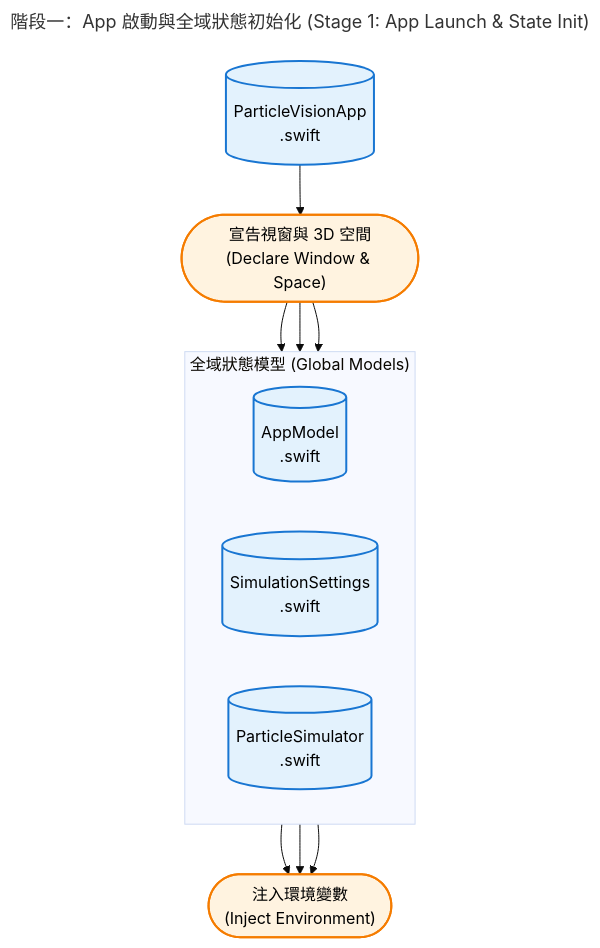
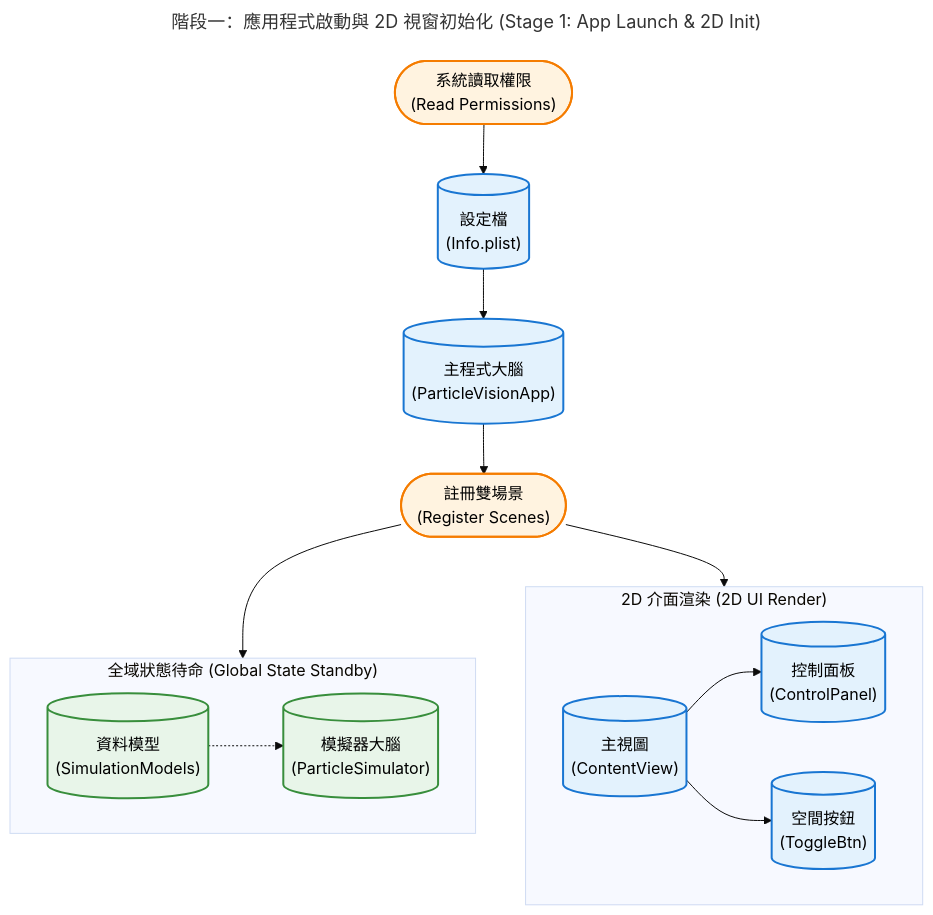
One commit to lennox0909/ParticleVision changed the first of 5 diagrams in README.md. Above: the diagram before and after it, drawn with Mermaid (base theme). The commit also changed other lines of this file, not shown here.

````diff
--- a/README.md
+++ b/README.md
@@ -163,30 +126,33 @@
 ```mermaid
 ---
-title: "階段一：App 啟動與全域狀態初始化 (Stage 1: App Launch & State Init)"
+title: "階段一：應用程式啟動與 2D 視窗初始化 (Stage 1: App Launch & 2D Init)"
 ---
 flowchart TD
-    classDef default fill:#f9f9f9,stroke:#333,stroke-width:2px,color:#333;
     classDef fileNode fill:#e3f2fd,stroke:#1976d2,stroke-width:2px,color:#000;
-    classDef action fill:#fff3e0,stroke:#f57c00,stroke-width:2px,color:#000;
+    classDef actionNode fill:#fff3e0,stroke:#f57c00,stroke-width:2px,color:#000;
+    classDef stateNode fill:#e8f5e9,stroke:#388e3c,stroke-width:2px,color:#000;
 
-    F_App[("ParticleVisionApp<br/>.swift")]:::fileNode
-    A1(["宣告視窗與 3D 空間<br/>(Declare Window & Space)"]):::action
+    A1(["系統讀取權限<br/>(Read Permissions)"]):::actionNode
+    F_Plist[("設定檔<br/>(Info.plist)")]:::fileNode
+    F_App[("主程式大腦<br/>(ParticleVisionApp)")]:::fileNode
+    A2(["註冊雙場景<br/>(Register Scenes)"]):::actionNode
 
-    subgraph "全域狀態模型 (Global Models)"
+    subgraph "2D 介面渲染 (2D UI Render)"
         direction LR
-        F_Model[("AppModel<br/>.swift")]:::fileNode
-        F_Set[("SimulationSettings<br/>.swift")]:::fileNode
-        F_Sim[("ParticleSimulator<br/>.swift")]:::fileNode
+        F_Content[("主視圖<br/>(ContentView)")]:::fileNode
+        F_Panel[("控制面板<br/>(ControlPanel)")]:::fileNode
+        F_Btn[("空間按鈕<br/>(ToggleBtn)")]:::fileNode
+        F_Content --> F_Panel & F_Btn
     end
 
-    A2(["注入環境變數<br/>(Inject Environment)"]):::action
+    subgraph "全域狀態待命 (Global State Standby)"
+        direction LR
+        F_Model[("資料模型<br/>(SimulationModels)")]:::stateNode
+        F_Sim[("模擬器大腦<br/>(ParticleSimulator)")]:::stateNode
+        F_Model -.-> F_Sim
+    end
 
-    F_App --> A1
-    A1 --> F_Model
-    A1 --> F_Set
-    A1 --> F_Sim
-    
-    F_Model --> A2
-    F_Set --> A2
-    F_Sim --> A2
+    A1 --> F_Plist --> F_App --> A2
+    A2 --> F_Content
+    A2 --> F_Sim
 ```
````
